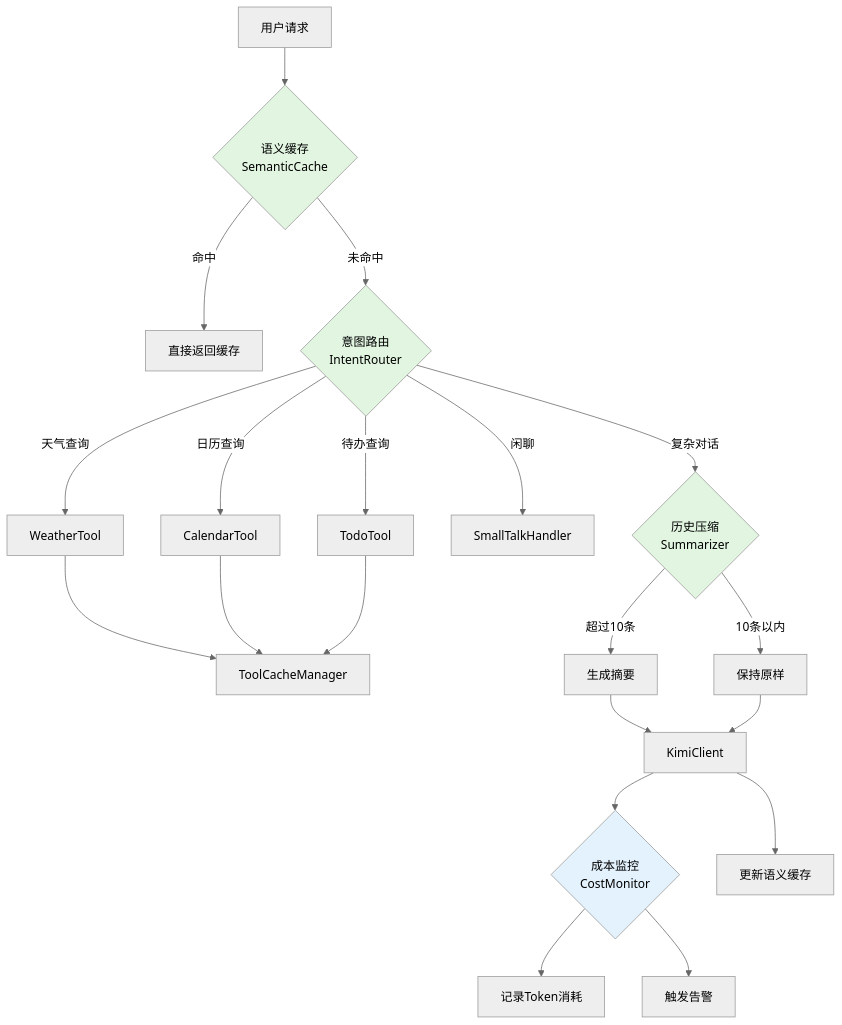
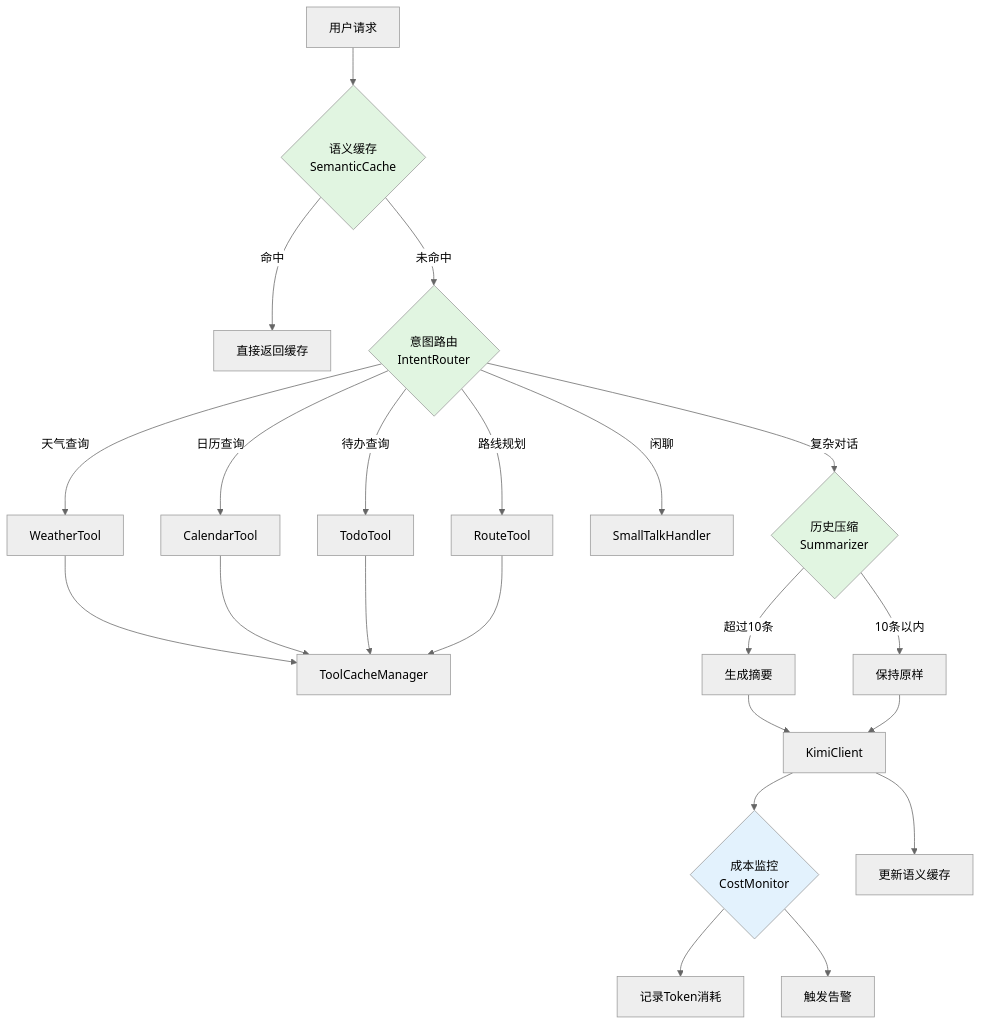
One commit to John-1010-cmd/MrsHudson changed the first of 3 diagrams in .spec-workflow/specs/ai-cost-optimization/design.md. Above: the diagram before and after it, drawn with Mermaid (neutral theme). The commit also changed other lines of this file and 47 other files, not shown here.

````diff
--- a/.spec-workflow/specs/ai-cost-optimization/design.md
+++ b/.spec-workflow/specs/ai-cost-optimization/design.md
@@ -52,33 +52,35 @@
 ```mermaid
 graph TD
     A[用户请求] --> B{语义缓存<br/>SemanticCache}
     B -->|命中| C[直接返回缓存]
     B -->|未命中| D{意图路由<br/>IntentRouter}
 
     D -->|天气查询| E[WeatherTool]
     D -->|日历查询| F[CalendarTool]
     D -->|待办查询| G[TodoTool]
+    D -->|路线规划| R[RouteTool]
     D -->|闲聊| H[SmallTalkHandler]
     D -->|复杂对话| I{历史压缩<br/>Summarizer}
 
     E --> J[ToolCacheManager]
     F --> J
     G --> J
+    R --> J
 
     I -->|超过10条| K[生成摘要]
     I -->|10条以内| L[保持原样]
 
     K --> M[KimiClient]
     L --> M
 
     M --> N{成本监控<br/>CostMonitor}
     N --> O[记录Token消耗]
     N --> P[触发告警]
 
     M --> Q[更新语义缓存]
 
     style B fill:#e1f5e1
     style D fill:#e1f5e1
     style I fill:#e1f5e1
     style N fill:#e3f2fd
 ```
````
